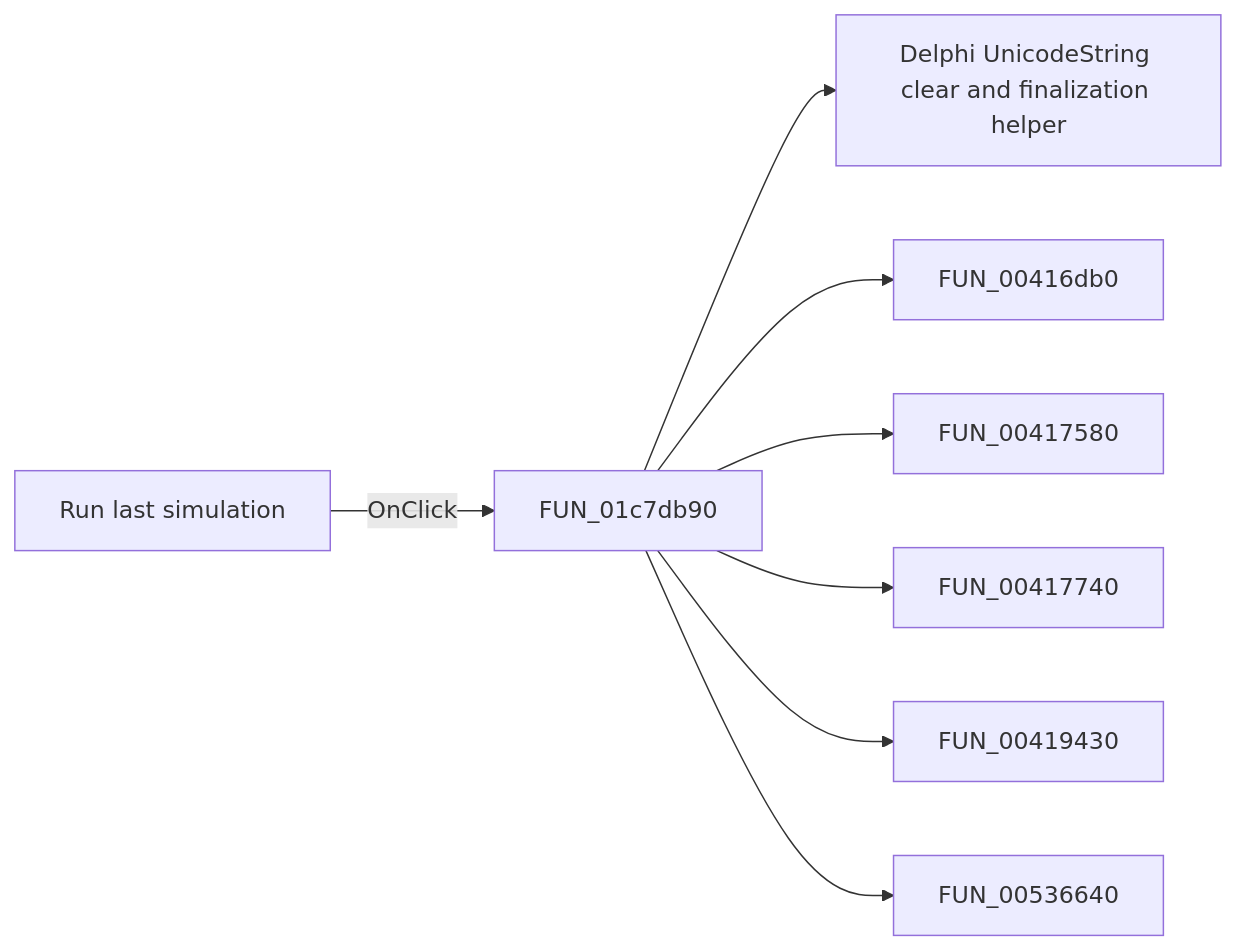
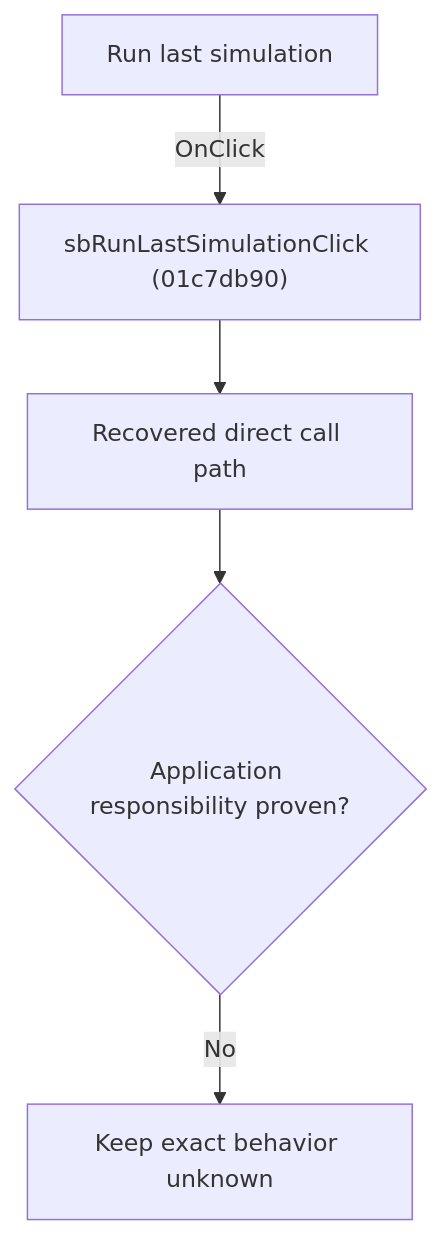
The diagram in docs/ui-controls/schematiceditor/sbrunlastsimulation-581899363d.md (MovGP0/TIARA), drawn with Mermaid before and after one commit. The commit also changed other lines of this file and 1062 other files, not shown here.

````diff
--- a/docs/ui-controls/schematiceditor/sbrunlastsimulation-581899363d.md
+++ b/docs/ui-controls/schematiceditor/sbrunlastsimulation-581899363d.md
@@ -27,10 +27,7 @@
 ```mermaid
-flowchart LR
-    control["Run last simulation"] -->|OnClick| handler["FUN_01c7db90"]
-    handler --> call1["Delphi UnicodeString clear and finalization helper"]
-    handler --> call2["FUN_00416db0"]
-    handler --> call3["FUN_00417580"]
-    handler --> call4["FUN_00417740"]
-    handler --> call5["FUN_00419430"]
-    handler --> call6["FUN_00536640"]
+flowchart TD
+    control["Run last simulation"] -->|"OnClick"| handler["sbRunLastSimulationClick (01c7db90)"]
+    handler --> recovered["Recovered direct call path"]
+    recovered --> gap{"Application responsibility proven?"}
+    gap -->|"No"| blocked["Keep exact behavior unknown"]
 ```
````
